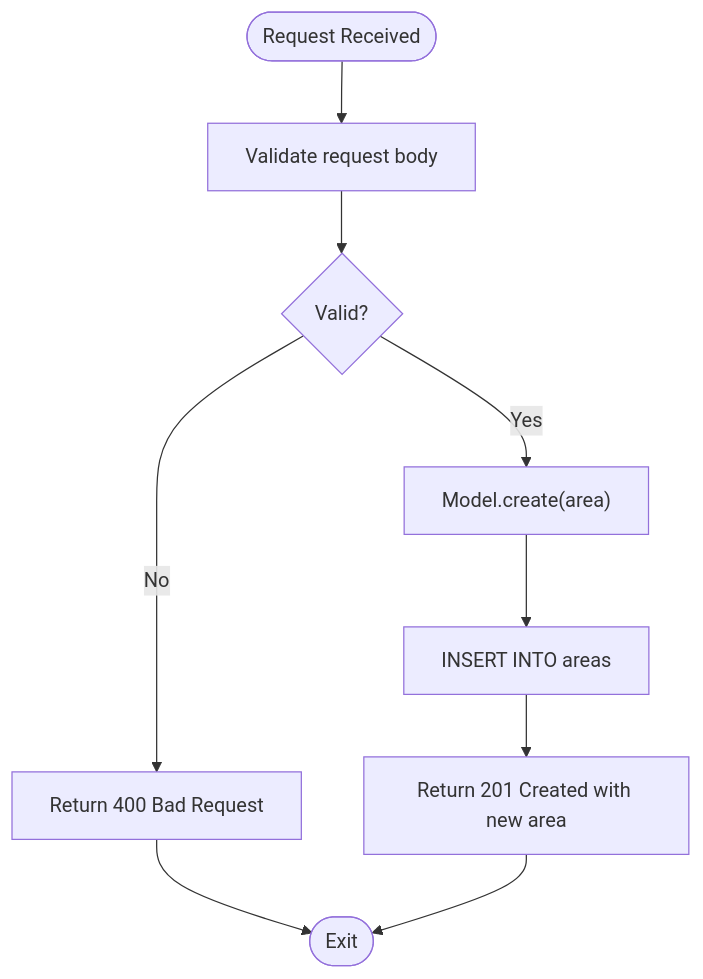
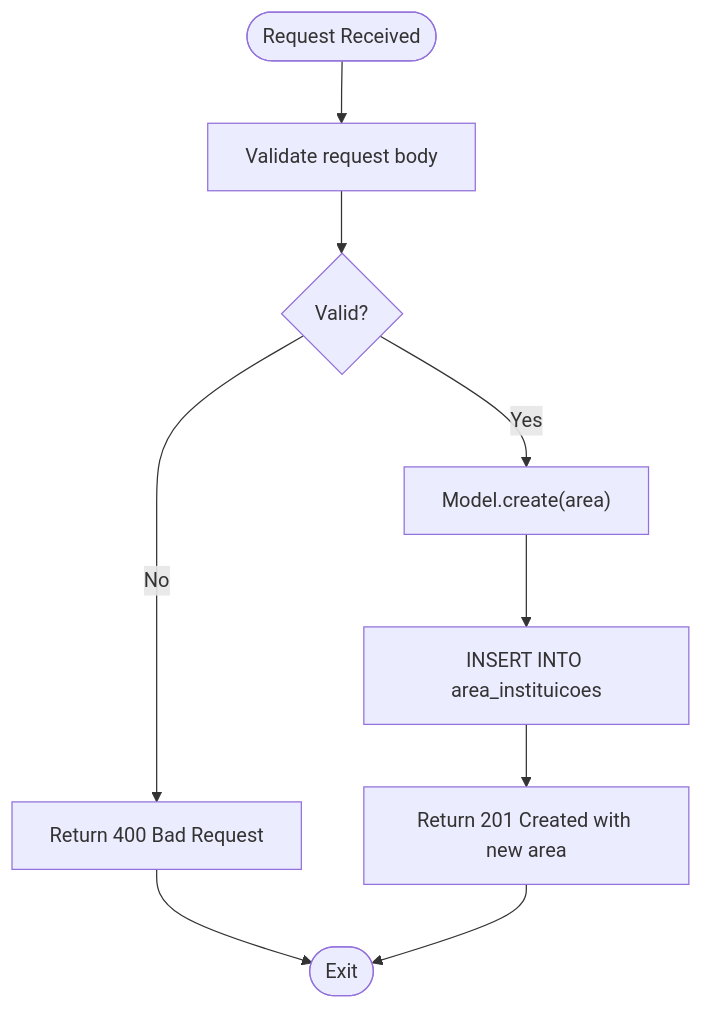
The fifth of 7 diagrams in .qoder/repowiki/en/content/API Reference/Institutional Management APIs.md (luiseduacosta/nodemural), drawn with Mermaid before and after one commit. The commit also changed other lines of this file and 27 other files, not shown here.

````diff
--- a/.qoder/repowiki/en/content/API Reference/Institutional Management APIs.md
+++ b/.qoder/repowiki/en/content/API Reference/Institutional Management APIs.md
@@ -276,11 +276,11 @@
 ```mermaid
 flowchart TD
 Start(["Request Received"]) --> Validate["Validate request body"]
 Validate --> Valid{"Valid?"}
 Valid --> |No| Err400["Return 400 Bad Request"]
 Valid --> |Yes| Create["Model.create(area)"]
-Create --> Persist["INSERT INTO areas"]
+Create --> Persist["INSERT INTO area_instituicoes"]
 Persist --> Success["Return 201 Created with new area"]
 Err400 --> End(["Exit"])
 Success --> End
 ```
````
